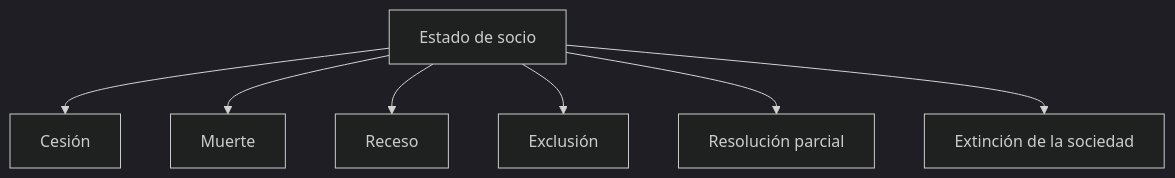
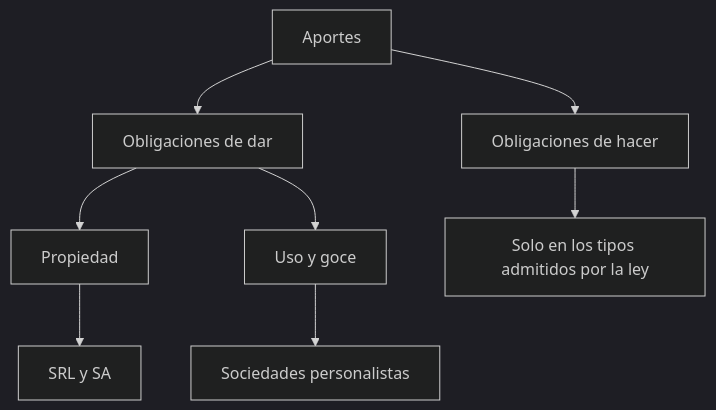
The third of 4 diagrams in clases/clase06-socio.qmd (maximilianoromei/sociedades-intensivo), drawn with Mermaid (dark theme) before and after one commit. The commit also changed other lines of this file and 11 other files, not shown here.

````diff
--- a/clases/clase06-socio.qmd
+++ b/clases/clase06-socio.qmd
@@ -819,17 +452,19 @@
 ```{mermaid}
 flowchart TD
 
-A[Estado de socio]
+A[Aportes]
 
-A --> B[Cesión]
+A --> B[Obligaciones de dar]
 
-A --> C[Muerte]
+A --> C[Obligaciones de hacer]
 
-A --> D[Receso]
+B --> D[Propiedad]
 
-A --> E[Exclusión]
+B --> E[Uso y goce]
 
-A --> F[Resolución parcial]
+C --> F[Solo en los tipos admitidos por la ley]
 
-A --> G[Extinción de la sociedad]
+E --> G[Sociedades personalistas]
+
+D --> H[SRL y SA]
 ```
````
